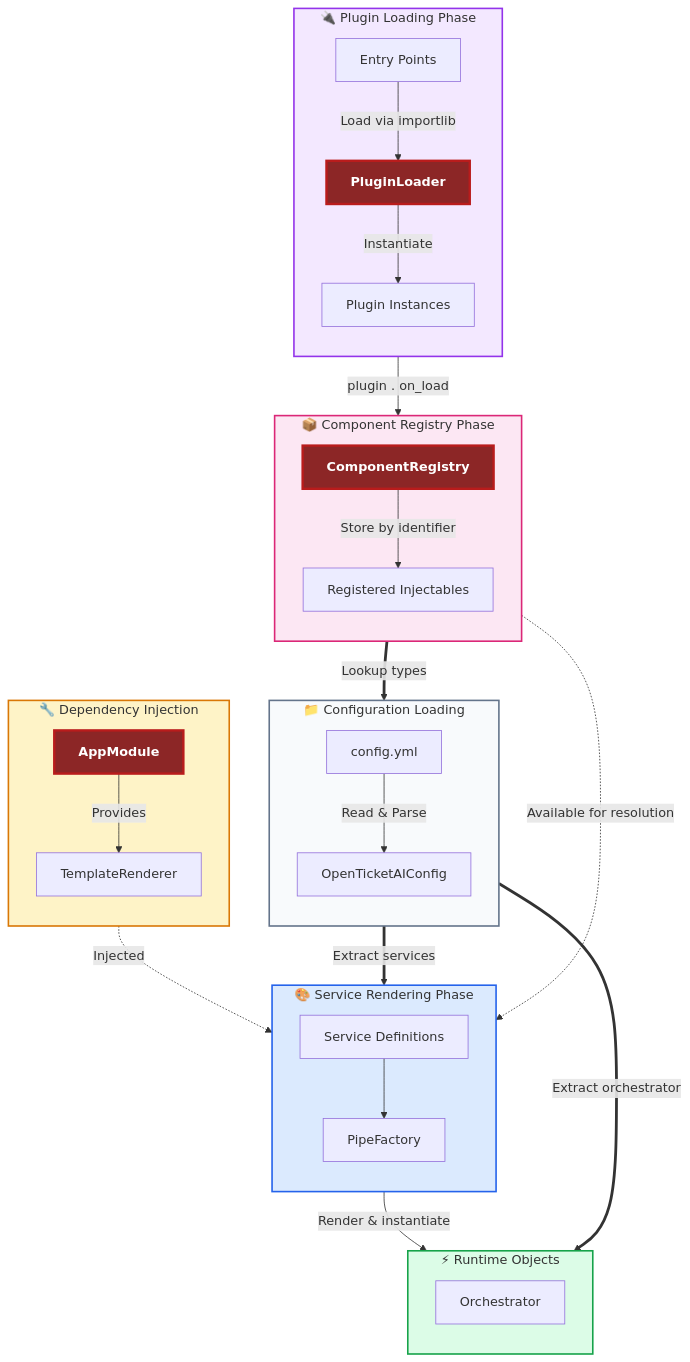
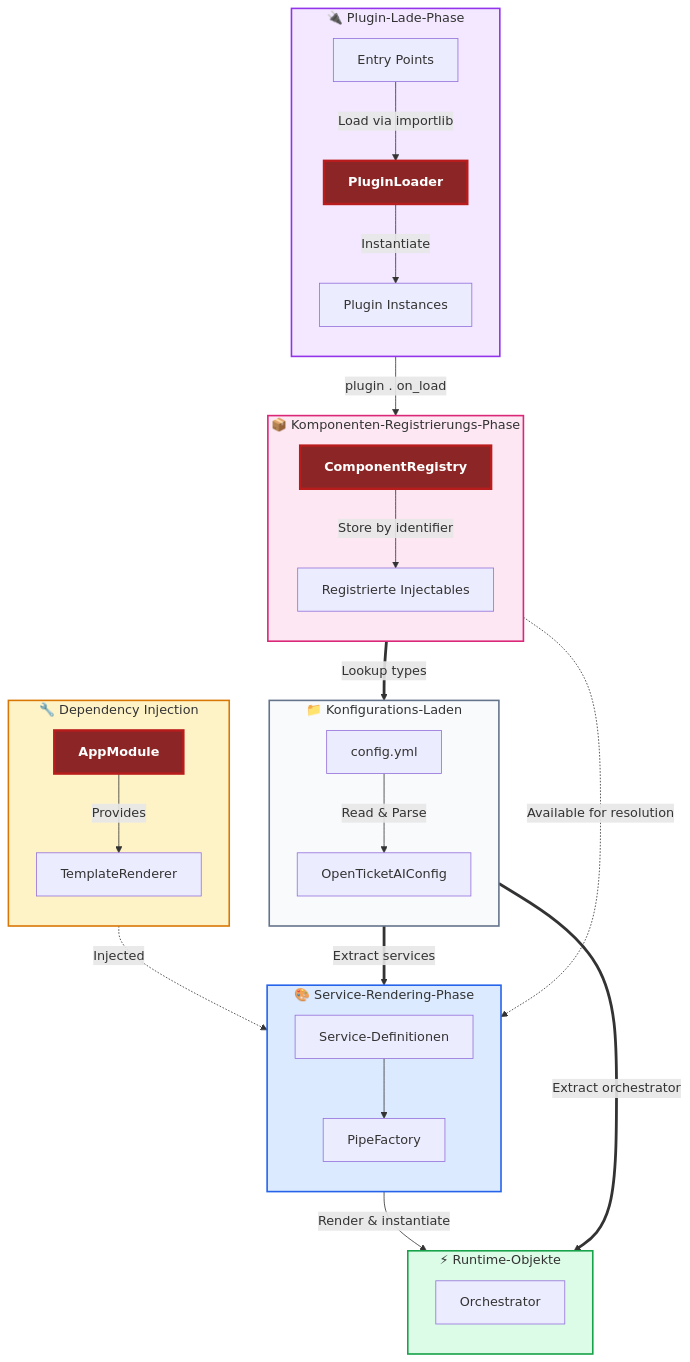
Before and after one commit to Softoft-Orga/open-ticket-ai: the diagram in docs/src/content/docs/de/open-ticket-automation/developers/config_rendering.md, drawn with Mermaid. The commit also changed other lines of this file and 65 other files, not shown here.

````diff
--- a/docs/src/content/docs/de/open-ticket-automation/developers/config_rendering.md
+++ b/docs/src/content/docs/de/open-ticket-automation/developers/config_rendering.md
@@ -5,69 +5,69 @@
 ```mermaid
 flowchart TB
 %% ===================== PLUGIN LOADING =====================
-    subgraph PLUGIN["🔌 Plugin Loading Phase"]
+    subgraph PLUGIN["🔌 Plugin-Lade-Phase"]
         direction TB
         EntryPoints["Entry Points"]
         PluginLoader["PluginLoader"]:::critical
         Plugins["Plugin Instances"]
         EntryPoints -->|Load via importlib| PluginLoader
         PluginLoader -->|Instantiate| Plugins
     end
 
 %% ===================== COMPONENT REGISTRY =====================
-    subgraph REGISTRY["📦 Component Registry Phase"]
+    subgraph REGISTRY["📦 Komponenten-Registrierungs-Phase"]
         direction TB
         ComponentRegistry["ComponentRegistry"]:::critical
-        Injectables["Registered Injectables"]
+        Injectables["Registrierte Injectables"]
         Plugins -->|plugin . on_load| ComponentRegistry
         ComponentRegistry -->|Store by identifier| Injectables
     end
 
 %% ===================== CONFIGURATION LOADING =====================
-    subgraph LOAD["📁 Configuration Loading"]
+    subgraph LOAD["📁 Konfigurations-Laden"]
         direction TB
         YAML["config.yml"]
         RawConfig["OpenTicketAIConfig"]
         YAML -->|Read & Parse| RawConfig
     end
 
 %% ===================== DEPENDENCY INJECTION =====================
     subgraph DI["🔧 Dependency Injection"]
         direction TB
         AppModule["AppModule"]:::critical
         TemplateRenderer["TemplateRenderer"]
         AppModule -->|Provides| TemplateRenderer
     end
 
 %% ===================== SERVICE RENDERING PHASE =====================
-    subgraph RENDER["🎨 Service Rendering Phase"]
+    subgraph RENDER["🎨 Service-Rendering-Phase"]
         direction TB
         Factory["PipeFactory"]
-        ServiceDefs["Service Definitions"]
+        ServiceDefs["Service-Definitionen"]
         TemplateRenderer -.->|Injected| Factory
         ServiceDefs --> Factory
     end
 
 %% ===================== RUNTIME OBJECTS =====================
-    subgraph RUNTIME["⚡ Runtime Objects"]
+    subgraph RUNTIME["⚡ Runtime-Objekte"]
         direction TB
         Orchestrator["Orchestrator"]
         Factory -->|Render & instantiate| Orchestrator
     end
 
 %% ===================== MAIN FLOW =====================
     ComponentRegistry ==>|Lookup types| RawConfig
     Injectables -.->|Available for resolution| ServiceDefs
     RawConfig ==>|Extract services| ServiceDefs
     RawConfig ==>|Extract orchestrator| Orchestrator
 %% ===================== STYLES =====================
     classDef critical fill: #8c2626, stroke: #b91c1c, stroke-width: 3px, color: #fff, font-weight: bold
 %% ===================== SUBGRAPH STYLES =====================
     style PLUGIN fill: #f3e8ff, stroke: #9333ea, stroke-width: 2px
     style REGISTRY fill: #fce7f3, stroke: #db2777, stroke-width: 2px
     style LOAD fill: #f8fafc, stroke: #64748b, stroke-width: 2px
     style DI fill: #fef3c7, stroke: #d97706, stroke-width: 2px
     style RENDER fill: #dbeafe, stroke: #2563eb, stroke-width: 2px
     style RUNTIME fill: #dcfce7, stroke: #16a34a, stroke-width: 2px
 
 ```
````
